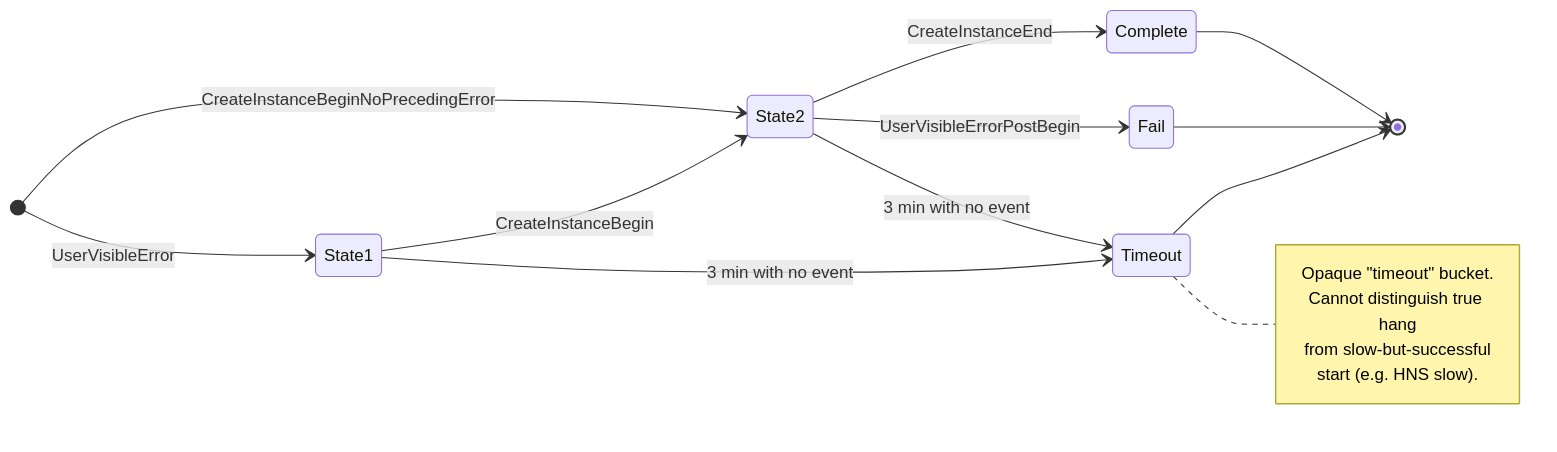
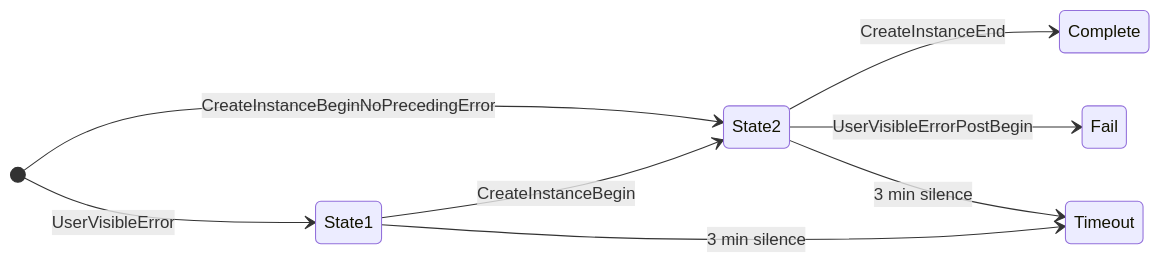
Before and after one commit to microsoft/WSL: the first of 2 diagrams in doc/telemetry-state-machine-updates.md, drawn with Mermaid. The commit also changed other lines of this file and 4 other files, not shown here.

````diff
--- a/doc/telemetry-state-machine-updates.md
+++ b/doc/telemetry-state-machine-updates.md
@@ -42,23 +14,11 @@
 ```mermaid
 stateDiagram-v2
     direction LR
     [*] --> State1: UserVisibleError
     [*] --> State2: CreateInstanceBeginNoPrecedingError
     State1 --> State2: CreateInstanceBegin
-
     State2 --> Complete: CreateInstanceEnd
     State2 --> Fail: UserVisibleErrorPostBegin
-    State2 --> Timeout: 3 min with no event
-    State1 --> Timeout: 3 min with no event
-
-    Complete --> [*]
-    Fail --> [*]
-    Timeout --> [*]
-
-    note right of Timeout
-        Opaque "timeout" bucket.
-        Cannot distinguish true hang
-        from slow-but-successful
-        start (e.g. HNS slow).
-    end note
+    State2 --> Timeout: 3 min silence
+    State1 --> Timeout: 3 min silence
 ```
````
